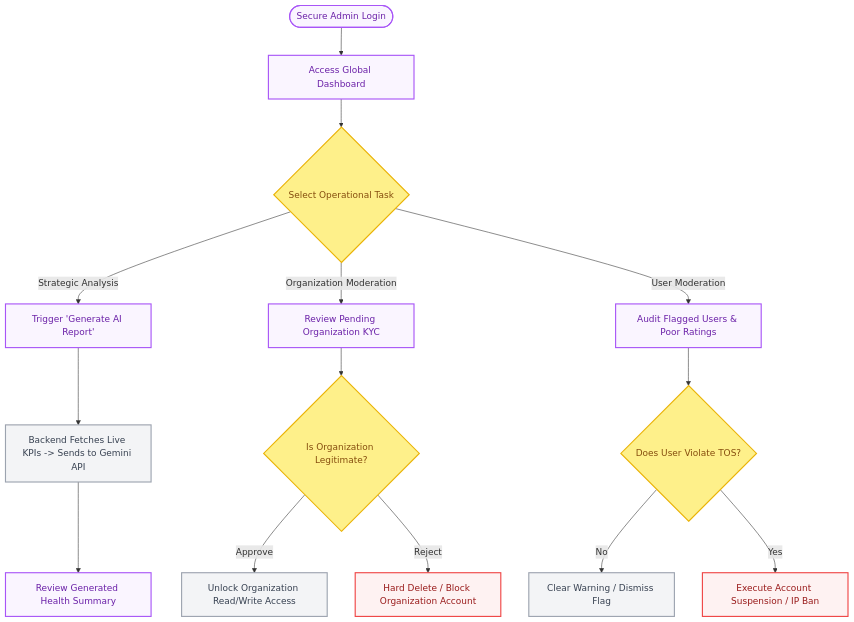
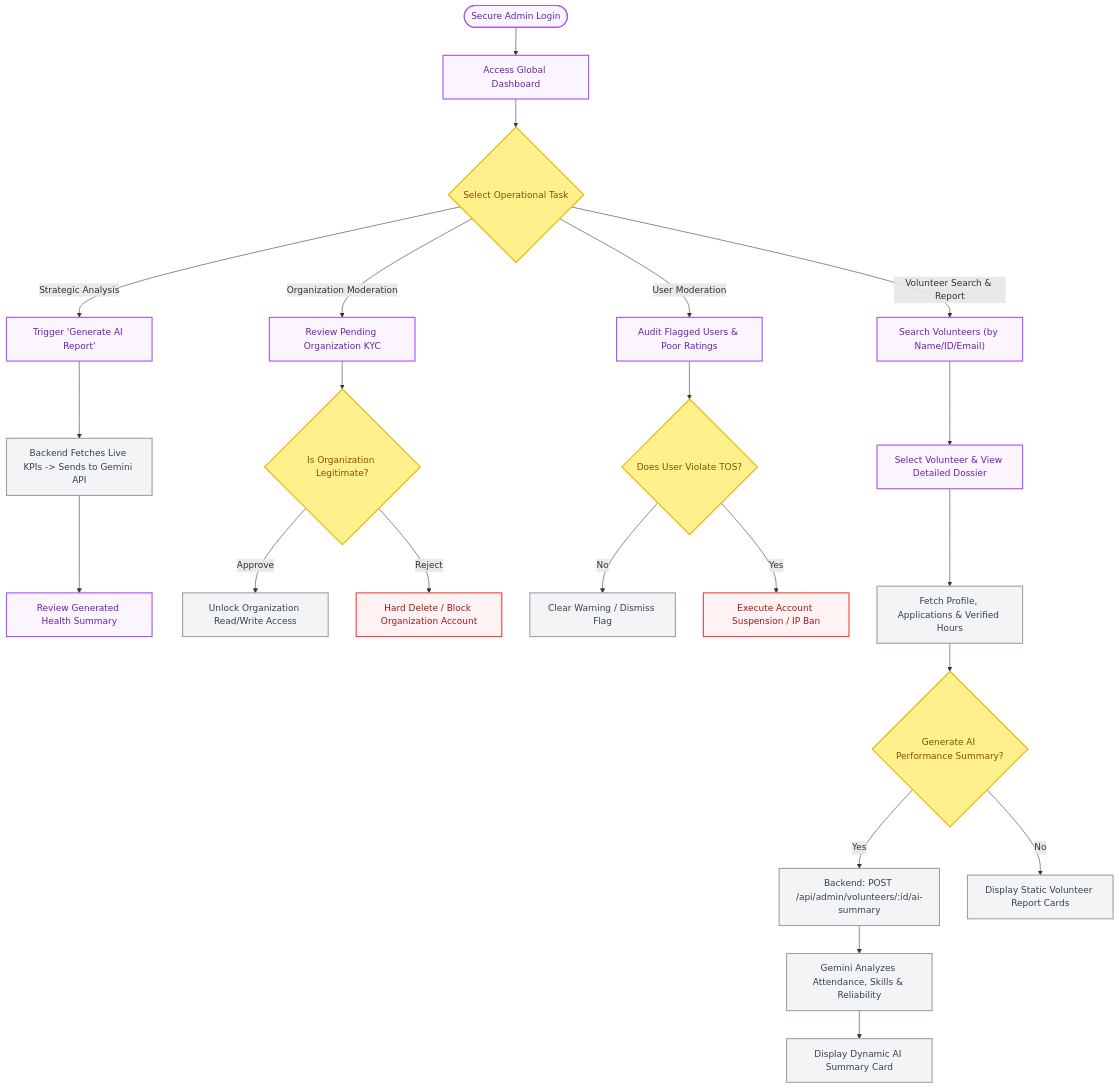
Before and after one commit to Anjanikumarkarlapati/volunteersystem: the third of 3 diagrams in Volunteer_Management_System_Flowcharts_Detailed.md, drawn with Mermaid. The commit also changed other lines of this file and 4 other files, not shown here.

Commit message:
docs: update readmes, flowcharts, and AI use cases to document certificates and admin AI reports

````diff
--- a/Volunteer_Management_System_Flowcharts_Detailed.md
+++ b/Volunteer_Management_System_Flowcharts_Detailed.md
@@ -115,30 +122,39 @@
 ```mermaid
 flowchart TD
     classDef adminAction fill:#faf5ff,stroke:#a855f7,stroke-width:2px,color:#6b21a8
     classDef systemAction fill:#f3f4f6,stroke:#9ca3af,stroke-width:2px,color:#374151
     classDef decision fill:#fef08a,stroke:#eab308,stroke-width:2px,color:#854d0e
     classDef danger fill:#fef2f2,stroke:#ef4444,stroke-width:2px,color:#991b1b
 
     Start(["Secure Admin Login"]) --> MainDash["Access Global Dashboard"]
 
     MainDash --> ActionChoice{"Select Operational Task"}
 
     ActionChoice -- Strategic Analysis --> AI_Report["Trigger 'Generate AI Report'"]
     AI_Report --> AI_Summary["Backend Fetches Live KPIs -> Sends to Gemini API"]
     AI_Summary --> ReadReport["Review Generated Health Summary"]
 
     ActionChoice -- Organization Moderation --> ReviewOrg["Review Pending Organization KYC"]
     ReviewOrg --> OrgDecision{"Is Organization Legitimate?"}
     OrgDecision -- Approve --> UnlockOrg["Unlock Organization Read/Write Access"]
     OrgDecision -- Reject --> BlockOrg["Hard Delete / Block Organization Account"]
 
     ActionChoice -- User Moderation --> ViewFlags["Audit Flagged Users & Poor Ratings"]
     ViewFlags --> UserDecision{"Does User Violate TOS?"}
     UserDecision -- No --> ClearFlag["Clear Warning / Dismiss Flag"]
     UserDecision -- Yes --> SuspendUser["Execute Account Suspension / IP Ban"]
 
-    class Start,MainDash,AI_Report,ReadReport,ReviewOrg,ViewFlags adminAction
-    class AI_Summary,UnlockOrg,ClearFlag systemAction
-    class ActionChoice,OrgDecision,UserDecision decision
+    ActionChoice -- Volunteer Search & Report --> SearchVol["Search Volunteers (by Name/ID/Email)"]
+    SearchVol --> SelectVol["Select Volunteer & View Detailed Dossier"]
+    SelectVol --> VolReport["Fetch Profile, Applications & Verified Hours"]
+    VolReport --> AskAIReport{"Generate AI Performance Summary?"}
+    AskAIReport -- Yes --> ReqAIReport["Backend: POST /api/admin/volunteers/:id/ai-summary"]
+    ReqAIReport --> GetGeminiReport["Gemini Analyzes Attendance, Skills & Reliability"]
+    GetGeminiReport --> DisplayAIReport["Display Dynamic AI Summary Card"]
+    AskAIReport -- No --> DisplayStaticReport["Display Static Volunteer Report Cards"]
+
+    class Start,MainDash,AI_Report,ReadReport,ReviewOrg,ViewFlags,SearchVol,SelectVol adminAction
+    class AI_Summary,UnlockOrg,ClearFlag,VolReport,ReqAIReport,GetGeminiReport,DisplayAIReport,DisplayStaticReport systemAction
+    class ActionChoice,OrgDecision,UserDecision,AskAIReport decision
     class BlockOrg,SuspendUser danger
 ```
````
